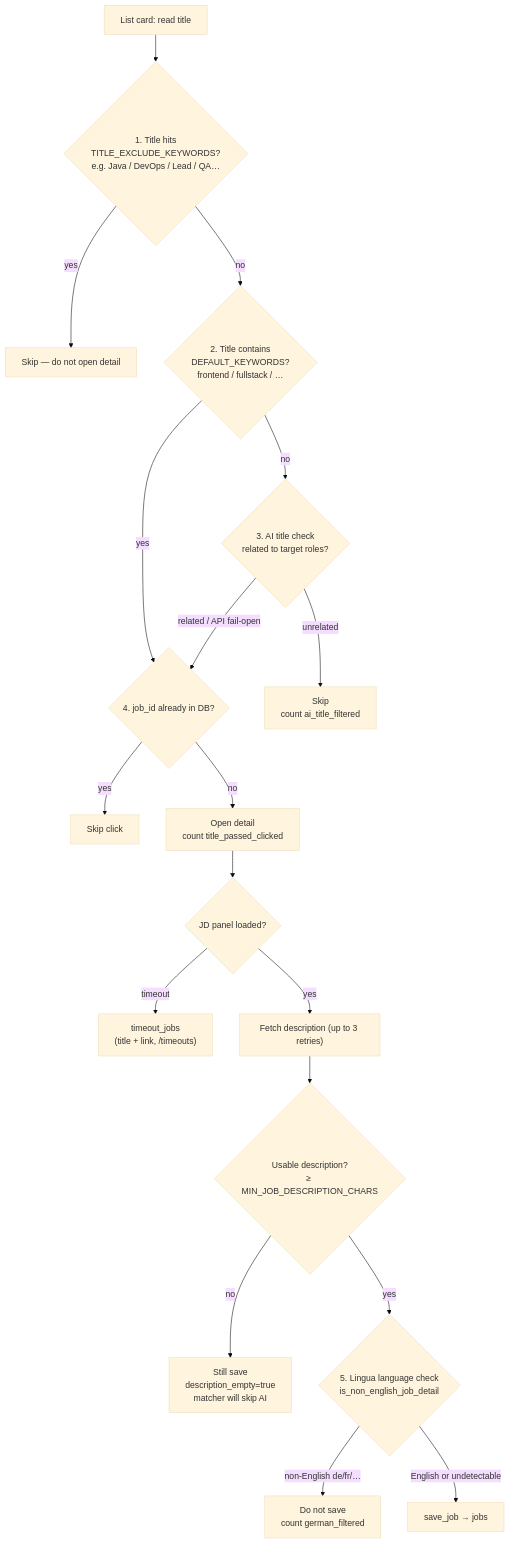
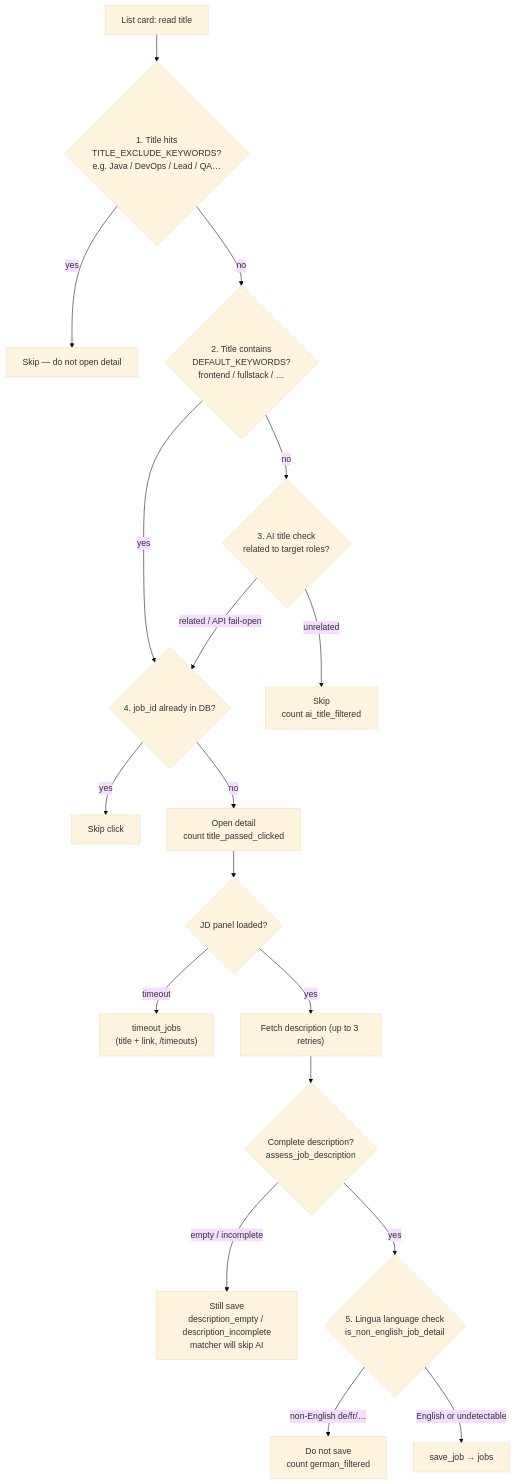
One commit to JialiNong/job_scraper changed the fourth of 5 diagrams in docs/architecture.md. Above: the diagram before and after it, drawn with Mermaid (base theme). The commit also changed other lines of this file and 11 other files, not shown here.

First line of the commit message:
fix: treat German-or-English as optional and skip AI on incomplete JDs (#14)

````diff
--- a/docs/architecture.md
+++ b/docs/architecture.md
@@ -241,27 +241,27 @@
 ```mermaid
 flowchart TD
     Card["List card: read title"]
 
     Card --> Excl{"1. Title hits<br/>TITLE_EXCLUDE_KEYWORDS?<br/>e.g. Java / DevOps / Lead / QA…"}
     Excl -->|yes| Skip1["Skip — do not open detail"]
     Excl -->|no| KW{"2. Title contains<br/>DEFAULT_KEYWORDS?<br/>frontend / fullstack / …"}
 
     KW -->|yes| Dedup
     KW -->|no| AITitle{"3. AI title check<br/>related to target roles?"}
     AITitle -->|unrelated| Skip2["Skip<br/>count ai_title_filtered"]
     AITitle -->|related / API fail-open| Dedup
 
     Dedup{"4. job_id already in DB?"}
     Dedup -->|yes| Skip3["Skip click"]
     Dedup -->|no| Click["Open detail<br/>count title_passed_clicked"]
 
     Click --> Detail{"JD panel loaded?"}
     Detail -->|timeout| TO["timeout_jobs<br/>(title + link, /timeouts)"]
     Detail -->|yes| Fetch["Fetch description (up to 3 retries)"]
-    Fetch --> Empty{"Usable description?<br/>≥ MIN_JOB_DESCRIPTION_CHARS"}
-    Empty -->|no| SaveEmpty["Still save<br/>description_empty=true<br/>matcher will skip AI"]
+    Fetch --> Empty{"Complete description?<br/>assess_job_description"}
+    Empty -->|empty / incomplete| SaveEmpty["Still save<br/>description_empty / description_incomplete<br/>matcher will skip AI"]
     Empty -->|yes| Lang{"5. Lingua language check<br/>is_non_english_job_detail"}
 
     Lang -->|non-English de/fr/…| SkipDE["Do not save<br/>count german_filtered"]
     Lang -->|English or undetectable| Save["save_job → jobs"]
 ```
````
